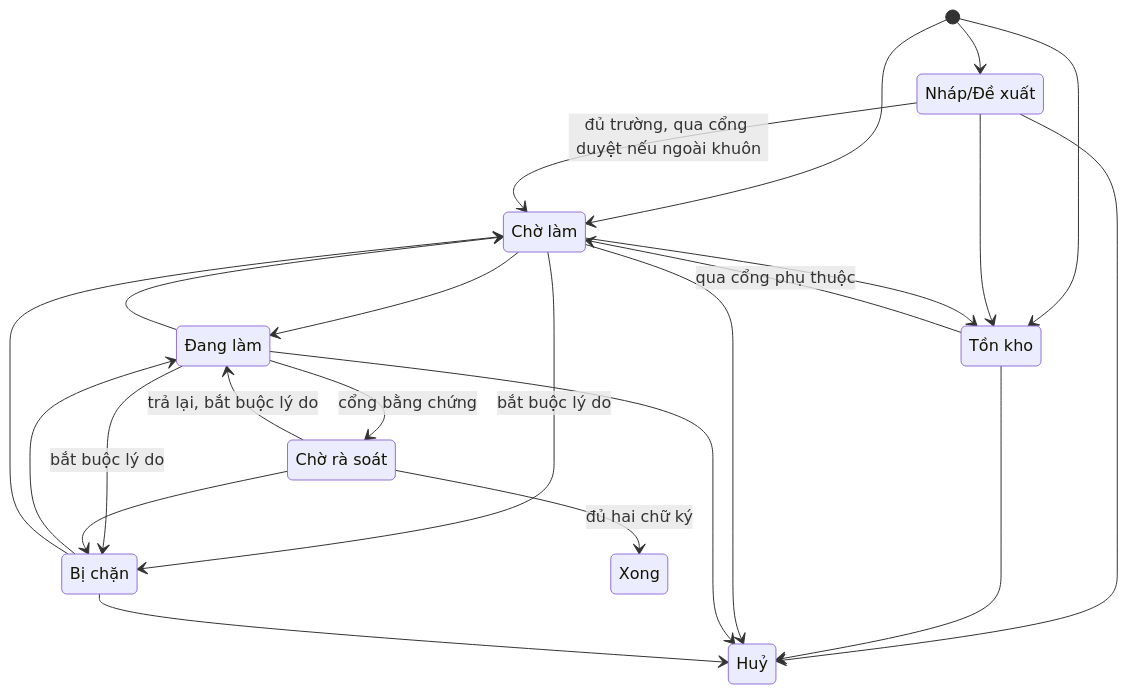
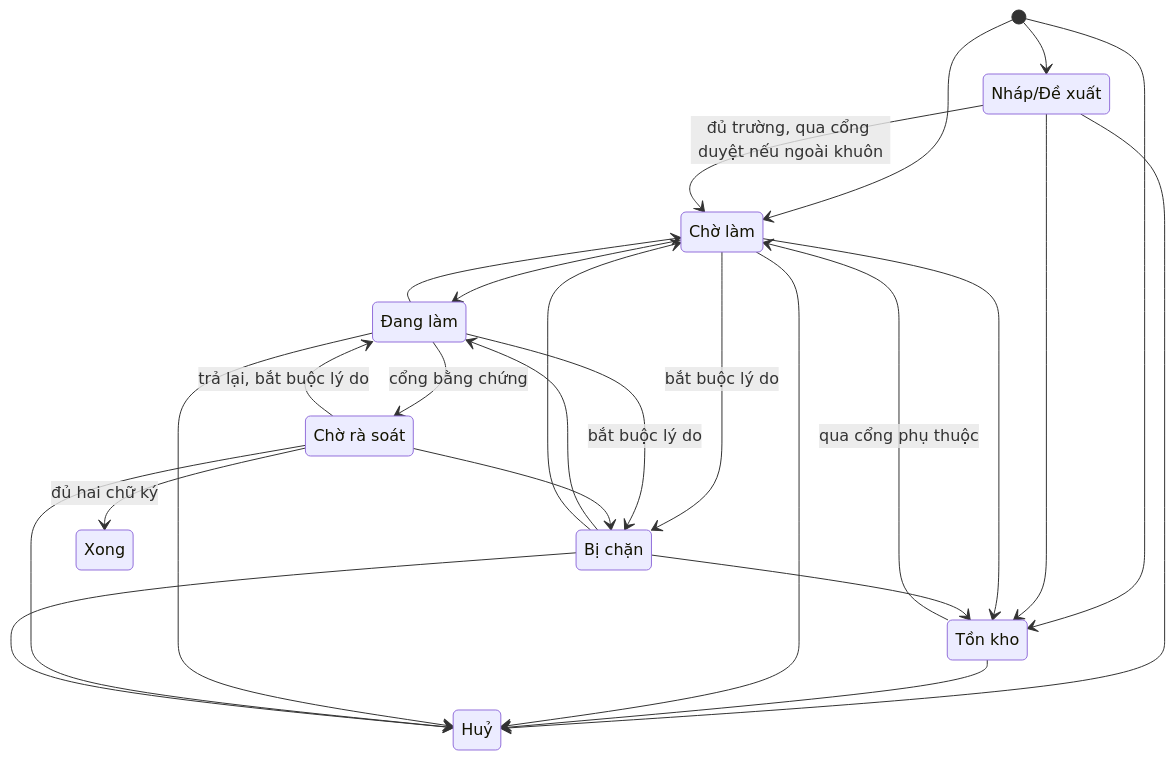
One commit to gnust-company/A.R.MARIUS changed the second of 3 diagrams in specs/001-van-hanh-du-an/data-model.md. Above: the diagram before and after it, drawn with Mermaid. The commit also changed other lines of this file and 3 other files, not shown here.

````diff
--- a/specs/001-van-hanh-du-an/data-model.md
+++ b/specs/001-van-hanh-du-an/data-model.md
@@ -118,35 +118,37 @@
 ```mermaid
 stateDiagram-v2
     state "Nháp/Đề xuất" as Nhap
     state "Tồn kho" as TonKho
     state "Chờ làm" as ChoLam
     state "Đang làm" as DangLam
     state "Chờ rà soát" as ChoRaSoat
     state "Bị chặn" as BiChan
     state "Xong" as Xong
     state "Huỷ" as Huy
 
     [*] --> Nhap
     [*] --> TonKho
     [*] --> ChoLam
 
     Nhap --> ChoLam : đủ trường, qua cổng duyệt nếu ngoài khuôn
     Nhap --> TonKho
     Nhap --> Huy
     TonKho --> ChoLam : qua cổng phụ thuộc
     TonKho --> Huy
     ChoLam --> DangLam
     ChoLam --> BiChan : bắt buộc lý do
     ChoLam --> TonKho
     ChoLam --> Huy
     DangLam --> ChoRaSoat : cổng bằng chứng
     DangLam --> BiChan : bắt buộc lý do
     DangLam --> ChoLam
     DangLam --> Huy
     ChoRaSoat --> Xong : đủ hai chữ ký
     ChoRaSoat --> DangLam : trả lại, bắt buộc lý do
     ChoRaSoat --> BiChan
+    ChoRaSoat --> Huy
     BiChan --> DangLam
     BiChan --> ChoLam
+    BiChan --> TonKho
     BiChan --> Huy
 ```
````
